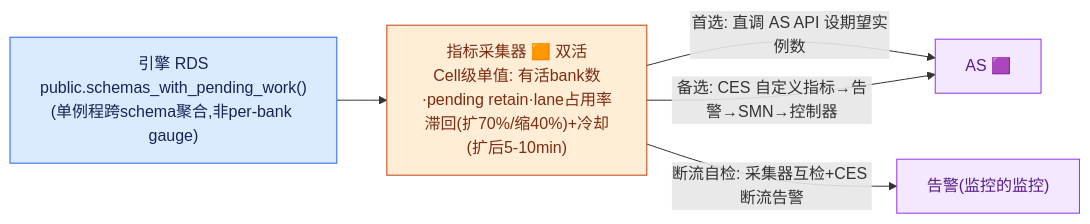
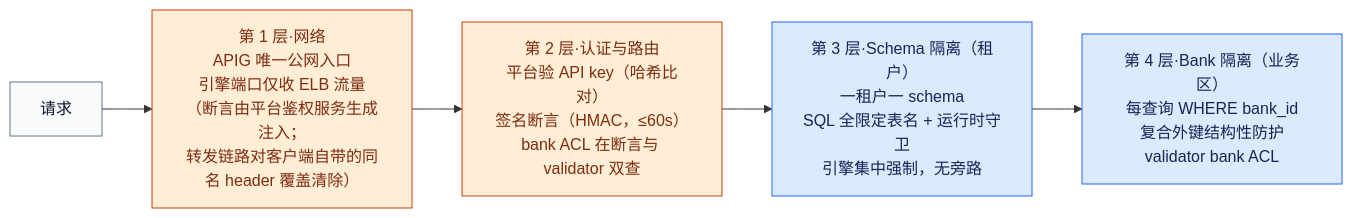
The fifth of 5 diagrams in docs/hindsight/huawei-cloud-serverless.md (stefanv5/memory-platform-architecture), drawn with Mermaid before and after one commit. The commit also changed other lines of this file and 1 other file, not shown here.

```diff
--- a/docs/hindsight/huawei-cloud-serverless.md
+++ b/docs/hindsight/huawei-cloud-serverless.md
@@ -456,10 +364,10 @@
 ~~~mermaid
 flowchart LR
-  R["引擎 RDS<br/>public.schemas_with_pending_work()<br/>(单例程跨schema聚合,非per-bank gauge)"]:::hs --> X["指标采集器 🟧 双活<br/>Cell级单值: 有活bank数·pending retain·lane占用率<br/>滞回(扩70%/缩40%)+冷却(扩后5-10min)"]:::platform
-  X -->|"首选: 直调 AS API 设期望实例数"| AS["AS 🟪"]:::commercial
-  X -->|"备选: CES 自定义指标→告警→SMN→控制器"| AS
-  X -->|"断流自检: 采集器互检+CES 断流告警"| AL["告警(监控的监控)"]:::commercial
+  REQ["请求"]:::external --> L1["第 1 层·网络<br/>APIG 唯一公网入口<br/>引擎端口仅收 ELB 流量<br/>（断言由平台鉴权服务生成注入；<br/>转发链路对客户端自带的同名 header 覆盖清除）"]:::platform
+  L1 --> L2["第 2 层·认证与路由<br/>平台验 API key（哈希比对）<br/>签名断言（HMAC，≤60s）<br/>bank ACL 在断言与 validator 双查"]:::platform
+  L2 --> L3["第 3 层·Schema 隔离（租户）<br/>一租户一 schema<br/>SQL 全限定表名 + 运行时守卫<br/>引擎集中强制，无旁路"]:::hs
+  L3 --> L4["第 4 层·Bank 隔离（业务区）<br/>每查询 WHERE bank_id<br/>复合外键结构性防护<br/>validator bank ACL"]:::hs
   classDef hs fill:#DBEAFE,stroke:#2563EB,color:#172554;
   classDef platform fill:#FFEDD5,stroke:#C2410C,color:#7C2D12;
-  classDef commercial fill:#F3E8FF,stroke:#9333EA,color:#581C87;
+  classDef external fill:#F8FAFC,stroke:#64748B,color:#0F172A;
 ~~~
```
